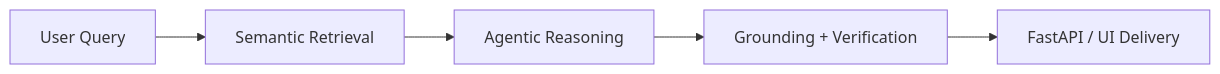
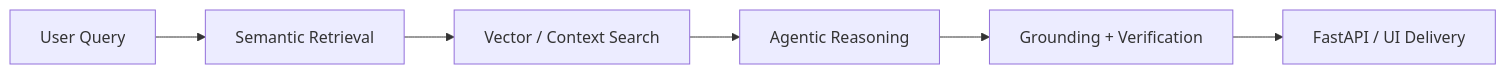
The first of 2 diagrams in README.md (PUBGSuprovo/README.md), drawn with Mermaid before and after one commit. The commit also changed other lines of this file, not shown here.

````diff
--- a/README.md
+++ b/README.md
@@ -154,7 +194,8 @@
 ```mermaid
 flowchart LR
     A[User Query] --> B[Semantic Retrieval]
-    B --> C[Agentic Reasoning]
-    C --> D[Grounding + Verification]
-    D --> E[FastAPI / UI Delivery]
+    B --> C[Vector / Context Search]
+    C --> D[Agentic Reasoning]
+    D --> E[Grounding + Verification]
+    E --> F[FastAPI / UI Delivery]
 ```
````
